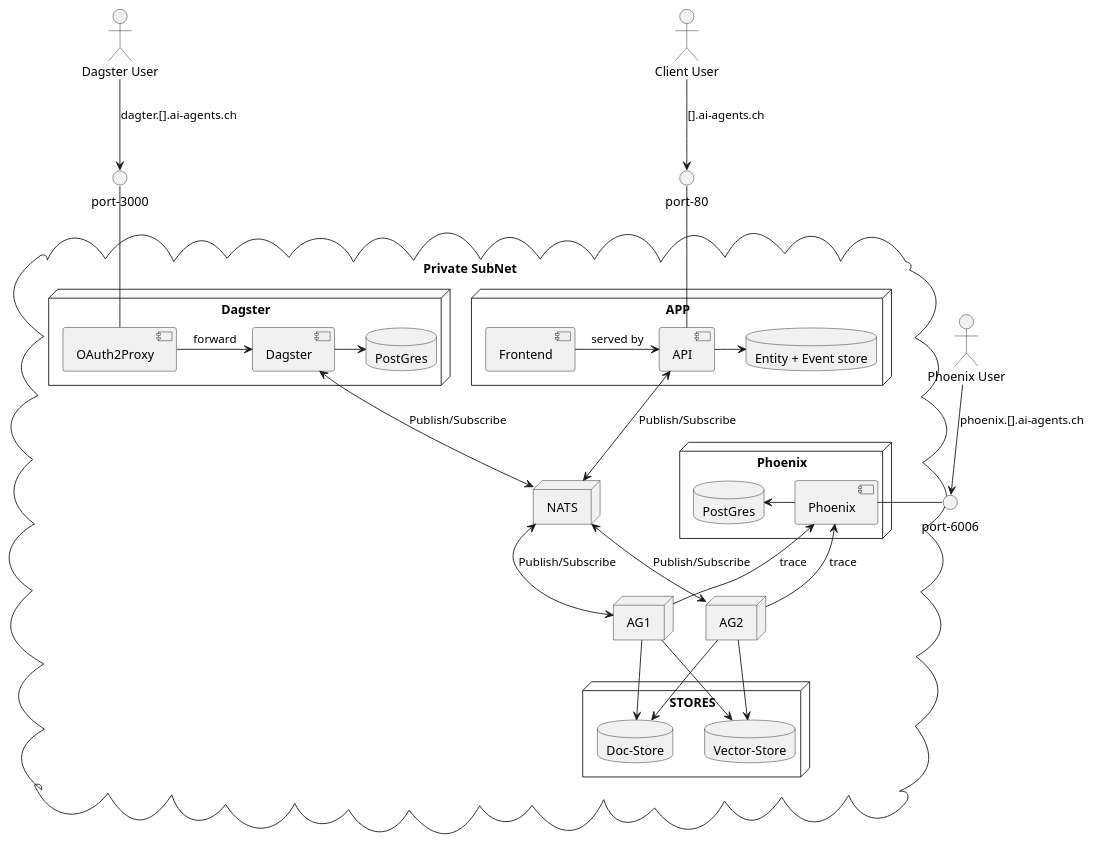
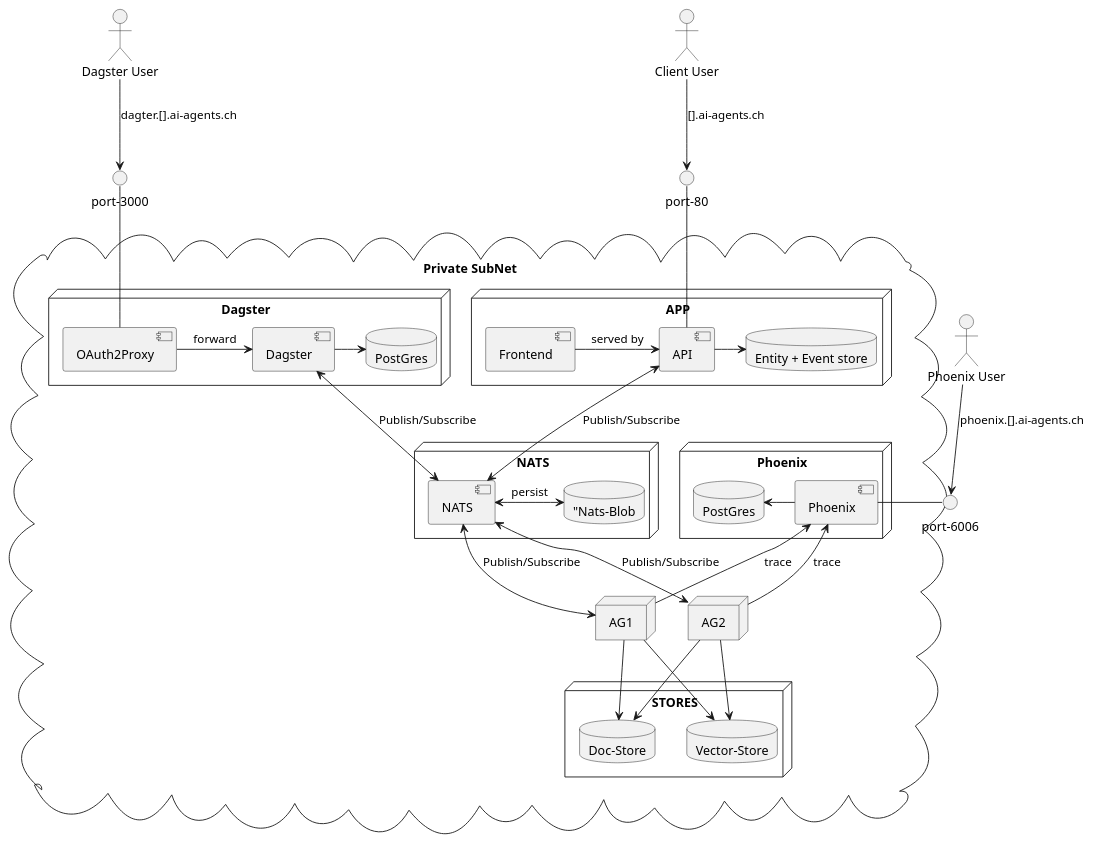
One commit to bbvch-ai/aihub-core changed the diagram in docs_core/arc42/07_deployment_view.md. Above: the diagram before and after it, drawn with PlantUML.

Commit message:
add nats blob

```diff
--- a/docs_core/arc42/07_deployment_view.md
+++ b/docs_core/arc42/07_deployment_view.md
@@ -126,13 +126,17 @@
   }
 
   ' Central messaging or event bus
-  node "NATS" as nats
+  node "NATS" as nat {
+    [NATS] as nats
+    database ""Nats-Blob" as nats_blob
+    nats <-> nats_blob : persist
+  }
 
   ' Store layer: Document store, caches, vector DB, aggregator services
   node "STORES" as stores {
     database "Doc-Store" as docstore
     database "Vector-Store" as vectorDB
-
+ 
   }
   
   node "AG1" as ag1
```
